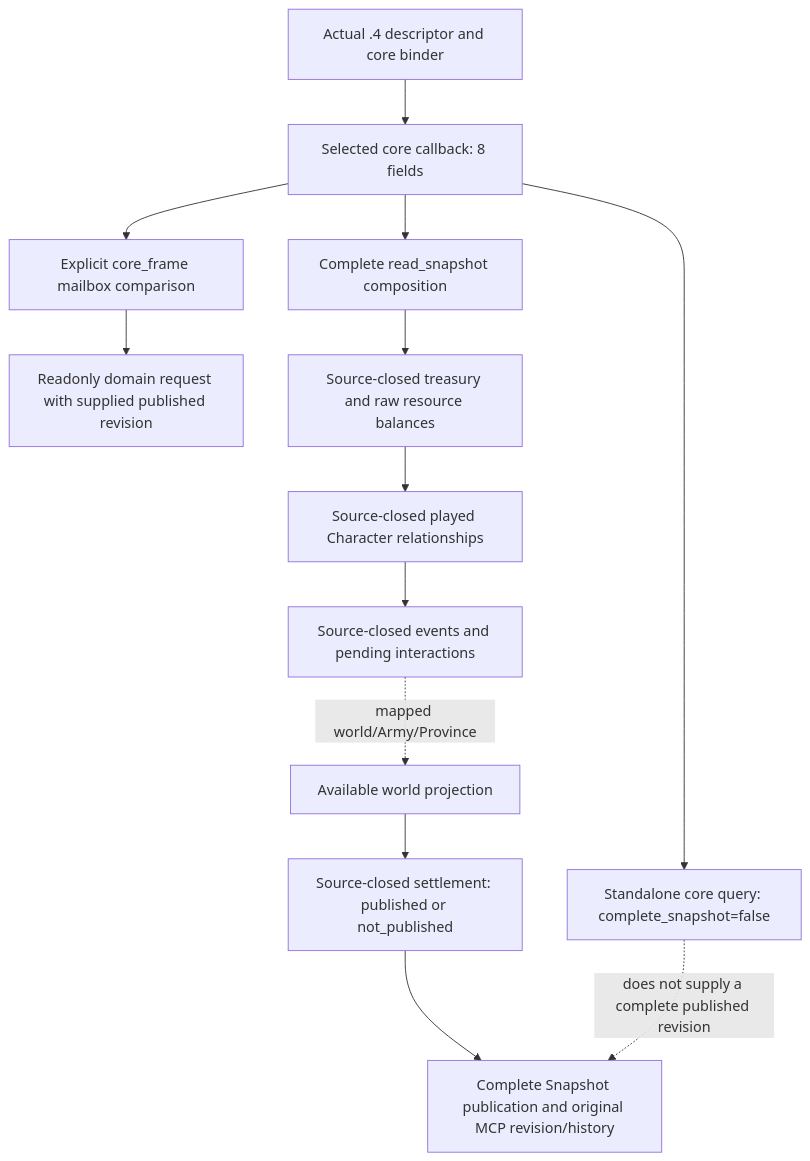
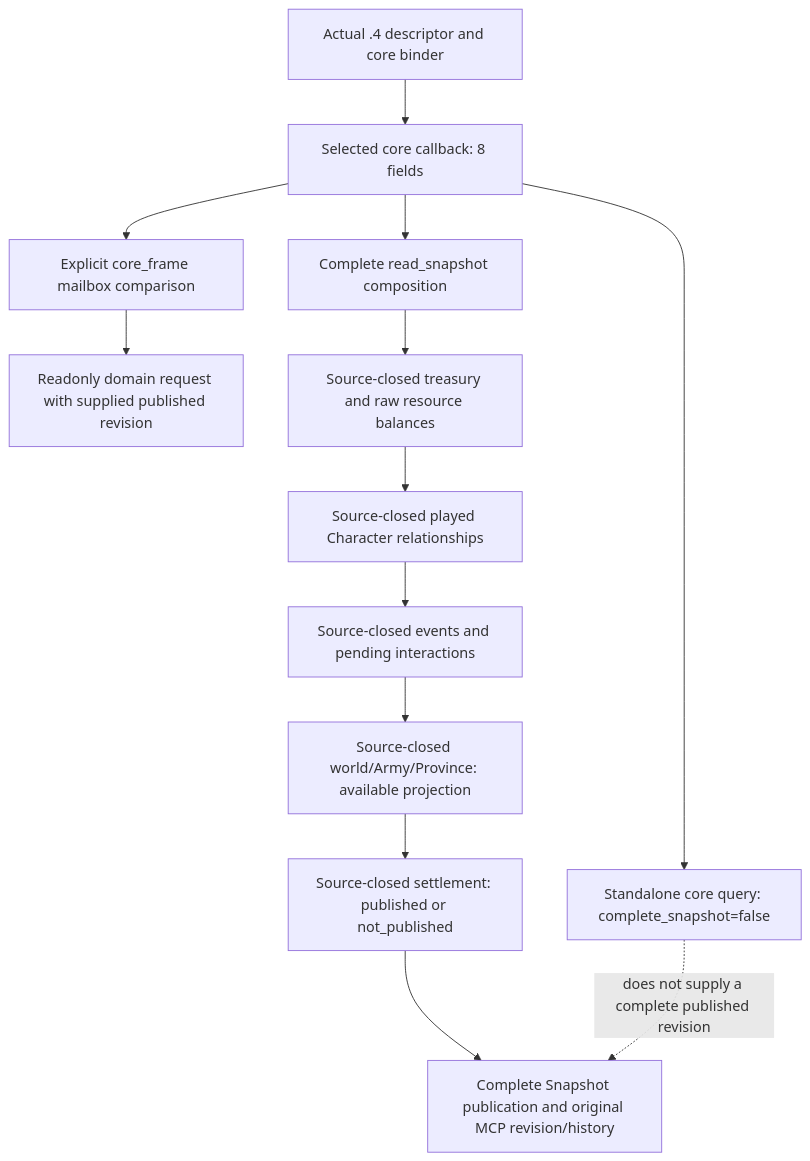
The diagram in docs/ck3-native-ai/ck3-1.20.0.4-snapshot-and-query-composition.md (XenoAmess/ck3_eternal_recurrence), drawn with Mermaid before and after one commit. The commit also changed other lines of this file and 10 other files, not shown here.

````diff
--- a/docs/ck3-native-ai/ck3-1.20.0.4-snapshot-and-query-composition.md
+++ b/docs/ck3-native-ai/ck3-1.20.0.4-snapshot-and-query-composition.md
@@ -22,15 +22,15 @@
 ```mermaid
 flowchart TD
     P[Actual .4 descriptor and core binder] --> C[Selected core callback: 8 fields]
     C --> K[Standalone core query: complete_snapshot=false]
     C --> E[Explicit core_frame mailbox comparison]
     E --> R[Readonly domain request with supplied published revision]
     C --> F[Complete read_snapshot composition]
     F --> B[Source-closed treasury and raw resource balances]
     B --> H[Source-closed played Character relationships]
     H --> V[Source-closed events and pending interactions]
-    V -. mapped world/Army/Province .-> W[Available world projection]
+    V --> W[Source-closed world/Army/Province: available projection]
     W --> S[Source-closed settlement: published or not_published]
     S --> Q[Complete Snapshot publication and original MCP revision/history]
     K -. does not supply a complete published revision .-> Q
 ```
````
